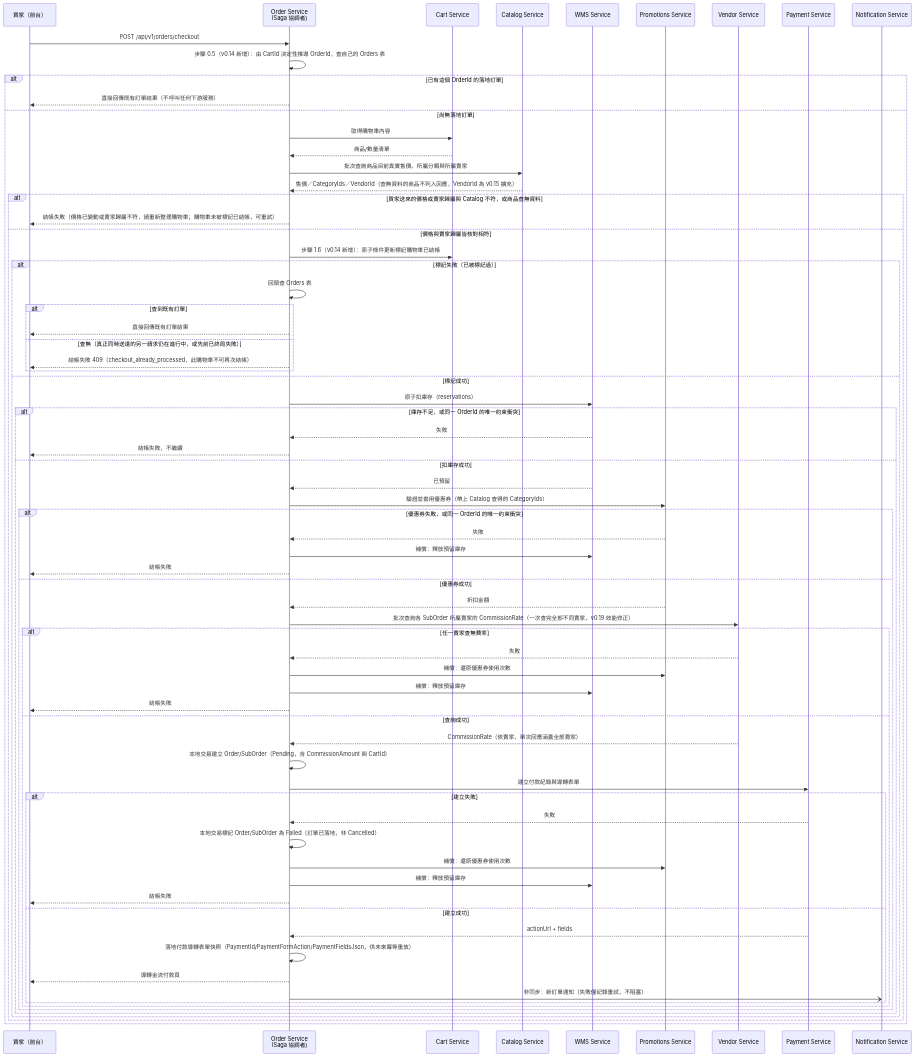
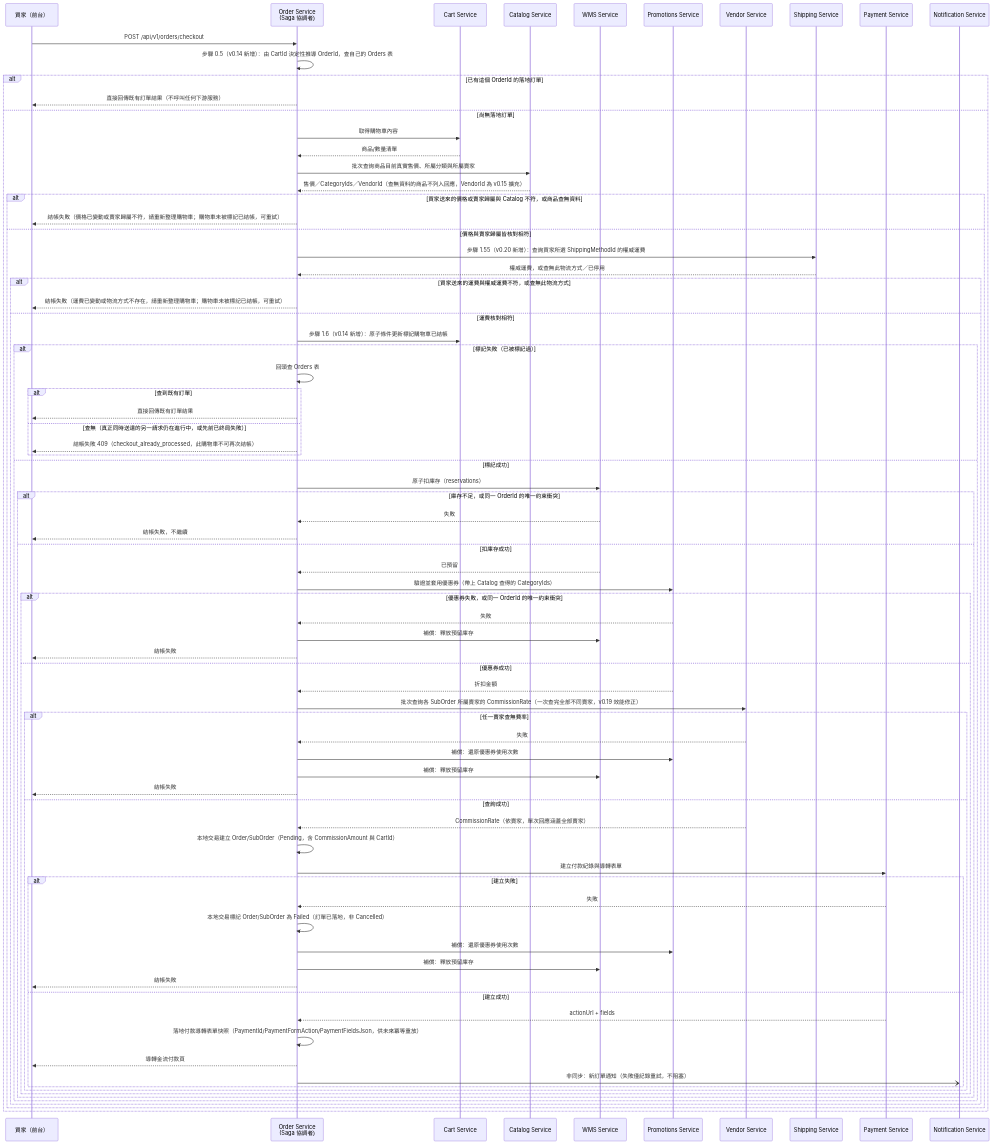
The second of 2 diagrams in docs/17-service-order.md (roycecole/suxo-shop-spec), drawn with Mermaid before and after one commit. The commit also changed other lines of this file and 1 other file, not shown here.

Commit message:
docs: 補上結帳 Saga 運費核對機制（17 v0.20、21 v0.7）
ecommerce-services commit 008db5f：CheckoutOrderCommandHandler 原本直接
信任買家結帳請求本文的 ShippingFee，任何人都能竄改該欄位送出任意運費。
Shipping 新增內部端點 GET /internal/v1/shipping/methods/{id}/quote
（InternalOrderOnly Policy，本服務第一個 internal/v1/* 端點），Order 結帳
Saga 新增步驟 1.55（緊接步驟 1.5 之後、步驟 1.6 之前）核對買家送來的
ShippingFee，不符即整筆拒絕並回 409（reason=shipping_fee_mismatch 或
shipping_method_not_found）。17 §4 步驟清單與循序圖同步更新（新增
Shipping participant），§6 新增一項已知相鄰缺口（不核對物流方式是否歸屬
品項所屬賣家）；21 §4 新增端點說明。

````diff
--- a/docs/17-service-order.md
+++ b/docs/17-service-order.md
@@ -133,75 +134,82 @@
 ```mermaid
 sequenceDiagram
     participant Buyer as 買家（前台）
     participant Order as Order Service<br/>(Saga 協調者)
     participant Cart as Cart Service
     participant Catalog as Catalog Service
     participant WMS as WMS Service
     participant Promo as Promotions Service
     participant Vendor as Vendor Service
+    participant Shipping as Shipping Service
     participant Pay as Payment Service
     participant Noti as Notification Service
 
     Buyer->>Order: POST /api/v1/orders/checkout
     Order->>Order: 步驟 0.5（v0.14 新增）：由 CartId 決定性推導 OrderId，查自己的 Orders 表
     alt 已有這個 OrderId 的落地訂單
         Order-->>Buyer: 直接回傳既有訂單結果（不呼叫任何下游服務）
     else 尚無落地訂單
         Order->>Cart: 取得購物車內容
         Cart-->>Order: 商品/數量清單
         Order->>Catalog: 批次查詢商品目前真實售價、所屬分類與所屬賣家
         Catalog-->>Order: 售價／CategoryIds／VendorId（查無資料的商品不列入回應，VendorId 為 v0.15 擴充）
         alt 買家送來的價格或賣家歸屬與 Catalog 不符，或商品查無資料
             Order-->>Buyer: 結帳失敗（價格已變動或賣家歸屬不符，請重新整理購物車；購物車未被標記已結帳，可重試）
         else 價格與賣家歸屬皆核對相符
-            Order->>Cart: 步驟 1.6（v0.14 新增）：原子條件更新標記購物車已結帳
-            alt 標記失敗（已被標記過）
-                Order->>Order: 回頭查 Orders 表
-                alt 查到既有訂單
-                    Order-->>Buyer: 直接回傳既有訂單結果
-                else 查無（真正同時送達的另一請求仍在進行中，或先前已終局失敗）
-                    Order-->>Buyer: 結帳失敗 409（checkout_already_processed，此購物車不可再次結帳）
-                end
-            else 標記成功
-                Order->>WMS: 原子扣庫存（reservations）
-                alt 庫存不足，或同一 OrderId 的唯一約束衝突
-                    WMS-->>Order: 失敗
-                    Order-->>Buyer: 結帳失敗，不繼續
-                else 扣庫存成功
-                    WMS-->>Order: 已預留
-                    Order->>Promo: 驗證並套用優惠券（帶上 Catalog 查得的 CategoryIds）
-                    alt 優惠券失敗，或同一 OrderId 的唯一約束衝突
-                        Promo-->>Order: 失敗
-                        Order->>WMS: 補償：釋放預留庫存
-                        Order-->>Buyer: 結帳失敗
-                    else 優惠券成功
-                        Promo-->>Order: 折扣金額
-                        Order->>Vendor: 批次查詢各 SubOrder 所屬賣家的 CommissionRate（一次查完全部不同賣家，v0.19 效能修正）
-                        alt 任一賣家查無費率
-                            Vendor-->>Order: 失敗
-                            Order->>Promo: 補償：還原優惠券使用次數
+            Order->>Shipping: 步驟 1.55（v0.20 新增）：查詢買家所選 ShippingMethodId 的權威運費
+            Shipping-->>Order: 權威運費，或查無此物流方式／已停用
+            alt 買家送來的運費與權威運費不符，或查無此物流方式
+                Order-->>Buyer: 結帳失敗（運費已變動或物流方式不存在，請重新整理購物車；購物車未被標記已結帳，可重試）
+            else 運費核對相符
+                Order->>Cart: 步驟 1.6（v0.14 新增）：原子條件更新標記購物車已結帳
+                alt 標記失敗（已被標記過）
+                    Order->>Order: 回頭查 Orders 表
+                    alt 查到既有訂單
+                        Order-->>Buyer: 直接回傳既有訂單結果
+                    else 查無（真正同時送達的另一請求仍在進行中，或先前已終局失敗）
+                        Order-->>Buyer: 結帳失敗 409（checkout_already_processed，此購物車不可再次結帳）
+                    end
+                else 標記成功
+                    Order->>WMS: 原子扣庫存（reservations）
+                    alt 庫存不足，或同一 OrderId 的唯一約束衝突
+                        WMS-->>Order: 失敗
+                        Order-->>Buyer: 結帳失敗，不繼續
+                    else 扣庫存成功
+                        WMS-->>Order: 已預留
+                        Order->>Promo: 驗證並套用優惠券（帶上 Catalog 查得的 CategoryIds）
+                        alt 優惠券失敗，或同一 OrderId 的唯一約束衝突
+                            Promo-->>Order: 失敗
                             Order->>WMS: 補償：釋放預留庫存
                             Order-->>Buyer: 結帳失敗
-                        else 查詢成功
-                            Vendor-->>Order: CommissionRate（依賣家，單次回應涵蓋全部賣家）
-                            Order->>Order: 本地交易建立 Order/SubOrder（Pending，含 CommissionAmount 與 CartId）
-                            Order->>Pay: 建立付款紀錄與導轉表單
-                            alt 建立失敗
-                                Pay-->>Order: 失敗
-                                Order->>Order: 本地交易標記 Order/SubOrder 為 Failed（訂單已落地，非 Cancelled）
+                        else 優惠券成功
+                            Promo-->>Order: 折扣金額
+                            Order->>Vendor: 批次查詢各 SubOrder 所屬賣家的 CommissionRate（一次查完全部不同賣家，v0.19 效能修正）
+                            alt 任一賣家查無費率
+                                Vendor-->>Order: 失敗
                                 Order->>Promo: 補償：還原優惠券使用次數
                                 Order->>WMS: 補償：釋放預留庫存
                                 Order-->>Buyer: 結帳失敗
-                            else 建立成功
-                                Pay-->>Order: actionUrl + fields
-                                Order->>Order: 落地付款導轉表單快照（PaymentId/PaymentFormAction/PaymentFieldsJson，供未來冪等重放）
-                                Order-->>Buyer: 導轉金流付款頁
-                                Order-)Noti: 非同步：新訂單通知（失敗僅記錄重試，不阻塞）
+                            else 查詢成功
+                                Vendor-->>Order: CommissionRate（依賣家，單次回應涵蓋全部賣家）
+                                Order->>Order: 本地交易建立 Order/SubOrder（Pending，含 CommissionAmount 與 CartId）
+                                Order->>Pay: 建立付款紀錄與導轉表單
+                                alt 建立失敗
+                                    Pay-->>Order: 失敗
+                                    Order->>Order: 本地交易標記 Order/SubOrder 為 Failed（訂單已落地，非 Cancelled）
+                                    Order->>Promo: 補償：還原優惠券使用次數
+                                    Order->>WMS: 補償：釋放預留庫存
+                                    Order-->>Buyer: 結帳失敗
+                                else 建立成功
+                                    Pay-->>Order: actionUrl + fields
+                                    Order->>Order: 落地付款導轉表單快照（PaymentId/PaymentFormAction/PaymentFieldsJson，供未來冪等重放）
+                                    Order-->>Buyer: 導轉金流付款頁
+                                    Order-)Noti: 非同步：新訂單通知（失敗僅記錄重試，不阻塞）
+                                end
                             end
                         end
                     end
                 end
             end
         end
     end
 ```
````
